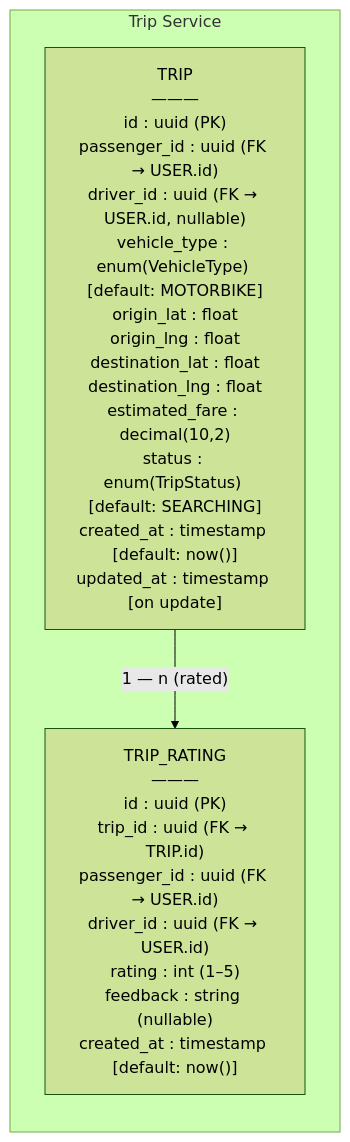
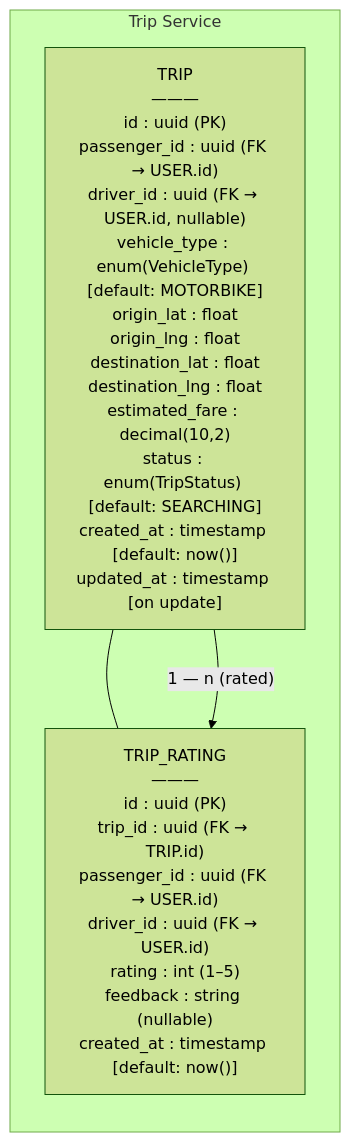
Before and after one commit to LeVanHuy84/microservice-server: the fourth of 4 diagrams in ARCHITECTURE.md, drawn with Mermaid (forest theme). The commit also changed other lines of this file, not shown here.

````diff
--- a/ARCHITECTURE.md
+++ b/ARCHITECTURE.md
@@ -153,14 +154,15 @@
 ``` mermaid
 flowchart LR
     %% ===== TRIP SERVICE =====
     subgraph TripService["Trip Service"]
         class TripService tripService
 
         TRIP["TRIP<br>———<br>id : uuid (PK)<br>passenger_id : uuid (FK → USER.id)<br>driver_id : uuid (FK → USER.id, nullable)<br>vehicle_type : enum(VehicleType) [default: MOTORBIKE]<br>origin_lat : float<br>origin_lng : float<br>destination_lat : float<br>destination_lng : float<br>estimated_fare : decimal(10,2)<br>status : enum(TripStatus) [default: SEARCHING]<br>created_at : timestamp [default: now()]<br>updated_at : timestamp [on update]"]
 
         TRIP_RATING["TRIP_RATING<br>———<br>id : uuid (PK)<br>trip_id : uuid (FK → TRIP.id)<br>passenger_id : uuid (FK → USER.id)<br>driver_id : uuid (FK → USER.id)<br>rating : int (1–5)<br>feedback : string (nullable)<br>created_at : timestamp [default: now()]"]
 
+        TRIP --- TRIP_RATING
         %% Relationships
         TRIP -->|"1 — n (rated)"| TRIP_RATING
     end
 ```
````
